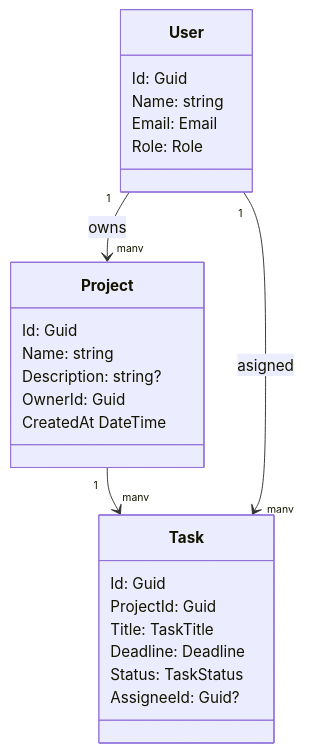
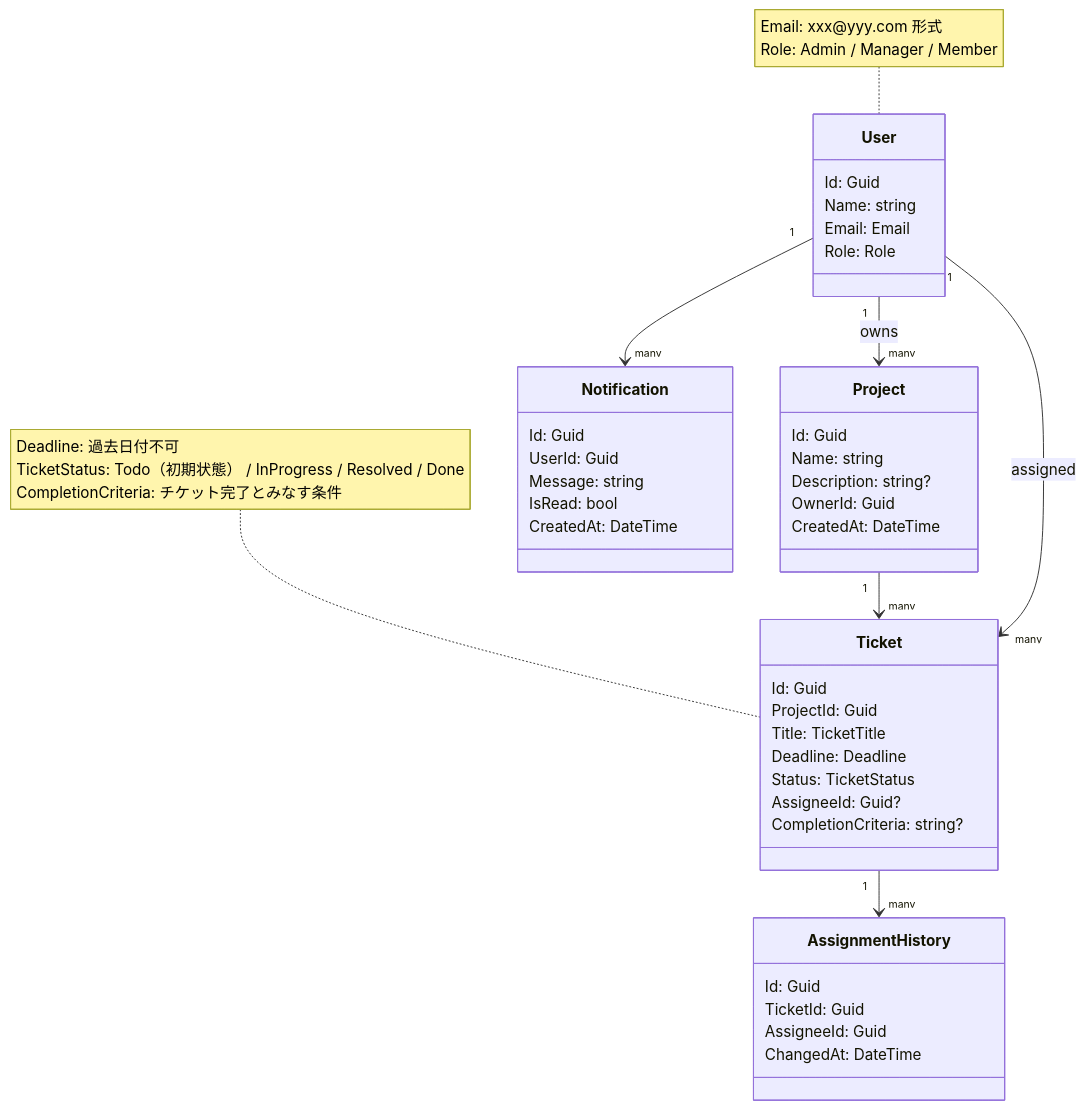
Before and after one commit to kuairen-227/pm-app-docs: the diagram in 02.design/domain-model.md, drawn with Mermaid. The commit also changed other lines of this file and 9 other files, not shown here.

````diff
--- a/02.design/domain-model.md
+++ b/02.design/domain-model.md
@@ -5,31 +3,63 @@
 ```mermaid
 classDiagram
+  %% ユーザー
   class User {
     Id: Guid
     Name: string
     Email: Email
     Role: Role
   }
+  note for User "
+  Email: xxx\@yyy.com 形式
+  Role: Admin / Manager / Member
+  "
 
+  %% プロジェクト
   class Project {
     Id: Guid
     Name: string
     Description: string?
     OwnerId: Guid
-    CreatedAt DateTime
+    CreatedAt: DateTime
   }
 
-  class Task {
+  %% チケット
+  class Ticket {
     Id: Guid
     ProjectId: Guid
-    Title: TaskTitle
+    Title: TicketTitle
     Deadline: Deadline
-    Status: TaskStatus
+    Status: TicketStatus
     AssigneeId: Guid?
+    CompletionCriteria: string?
+  }
+  note for Ticket "
+  Deadline: 過去日付不可
+  TicketStatus: Todo（初期状態） / InProgress / Resolved / Done
+  CompletionCriteria: チケット完了とみなす条件
+  "
+
+  %% 担当履歴
+  class AssignmentHistory {
+    Id: Guid
+    TicketId: Guid
+    AssigneeId: Guid
+    ChangedAt: DateTime
+  }
+
+  %% 通知
+  class Notification {
+    Id: Guid
+    UserId: Guid
+    Message: string
+    IsRead: bool
+    CreatedAt: DateTime
   }
 
   %% 関連
   User "1" --> "many" Project : owns
-  Project "1" --> "many" Task
-  User "1" --> "many" Task : asigned
+  Project "1" --> "many" Ticket
+  User "1" --> "many" Ticket : assigned
+  Ticket "1" --> "many" AssignmentHistory
+  User "1" --> "many" Notification
 ```
````
